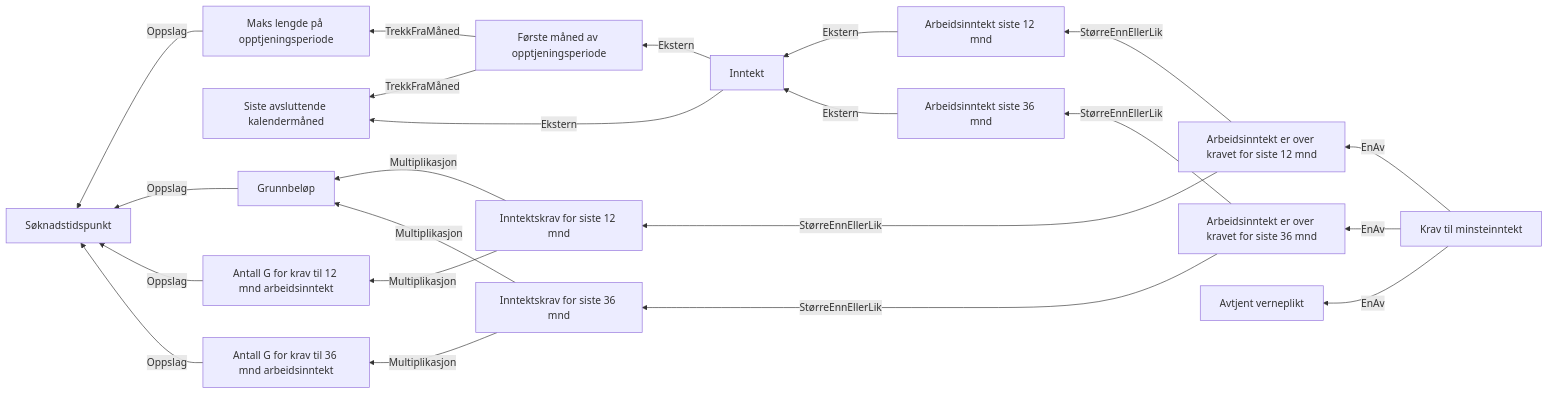
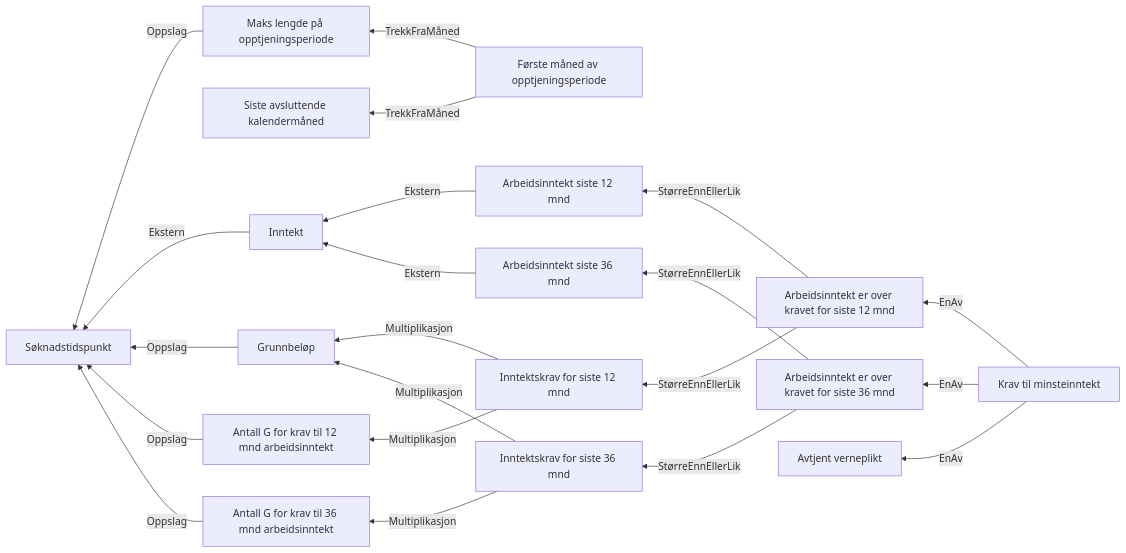
Before and after one commit to navikt/dp-vedtak: the diagram in docs/regler/§ 4-4. Krav til minsteinntekt.approved.md, drawn with Mermaid. The commit also changed 2 other files, not shown here.

Commit message:
Henter inntekt basert på Virkningsdato (aka søknadsstidspunkt) 🤪

````diff
--- a/docs/regler/§ 4-4. Krav til minsteinntekt.approved.md
+++ b/docs/regler/§ 4-4. Krav til minsteinntekt.approved.md
@@ -5,24 +5,23 @@
 ```mermaid
 graph RL
   A["Maks lengde på opptjeningsperiode"] -->|"Oppslag"| B["Søknadstidspunkt"]
   C["Første måned av opptjeningsperiode"] -->|"TrekkFraMåned"| D["Siste avsluttende kalendermåned"]
   C["Første måned av opptjeningsperiode"] -->|"TrekkFraMåned"| A["Maks lengde på opptjeningsperiode"]
-  E["Inntekt"] -->|"Ekstern"| D["Siste avsluttende kalendermåned"]
-  E["Inntekt"] -->|"Ekstern"| C["Første måned av opptjeningsperiode"]
+  E["Inntekt"] -->|"Ekstern"| B["Søknadstidspunkt"]
   F["Grunnbeløp"] -->|"Oppslag"| B["Søknadstidspunkt"]
   G["Arbeidsinntekt siste 12 mnd"] -->|"Ekstern"| E["Inntekt"]
   H["Antall G for krav til 12 mnd arbeidsinntekt"] -->|"Oppslag"| B["Søknadstidspunkt"]
   I["Inntektskrav for siste 12 mnd"] -->|"Multiplikasjon"| H["Antall G for krav til 12 mnd arbeidsinntekt"]
   I["Inntektskrav for siste 12 mnd"] -->|"Multiplikasjon"| F["Grunnbeløp"]
   J["Arbeidsinntekt er over kravet for siste 12 mnd"] -->|"StørreEnnEllerLik"| G["Arbeidsinntekt siste 12 mnd"]
   J["Arbeidsinntekt er over kravet for siste 12 mnd"] -->|"StørreEnnEllerLik"| I["Inntektskrav for siste 12 mnd"]
   K["Arbeidsinntekt siste 36 mnd"] -->|"Ekstern"| E["Inntekt"]
   L["Antall G for krav til 36 mnd arbeidsinntekt"] -->|"Oppslag"| B["Søknadstidspunkt"]
   M["Inntektskrav for siste 36 mnd"] -->|"Multiplikasjon"| L["Antall G for krav til 36 mnd arbeidsinntekt"]
   M["Inntektskrav for siste 36 mnd"] -->|"Multiplikasjon"| F["Grunnbeløp"]
   N["Arbeidsinntekt er over kravet for siste 36 mnd"] -->|"StørreEnnEllerLik"| K["Arbeidsinntekt siste 36 mnd"]
   N["Arbeidsinntekt er over kravet for siste 36 mnd"] -->|"StørreEnnEllerLik"| M["Inntektskrav for siste 36 mnd"]
   O["Krav til minsteinntekt"] -->|"EnAv"| J["Arbeidsinntekt er over kravet for siste 12 mnd"]
   O["Krav til minsteinntekt"] -->|"EnAv"| N["Arbeidsinntekt er over kravet for siste 36 mnd"]
   O["Krav til minsteinntekt"] -->|"EnAv"| P["Avtjent verneplikt"]
 ```
````
